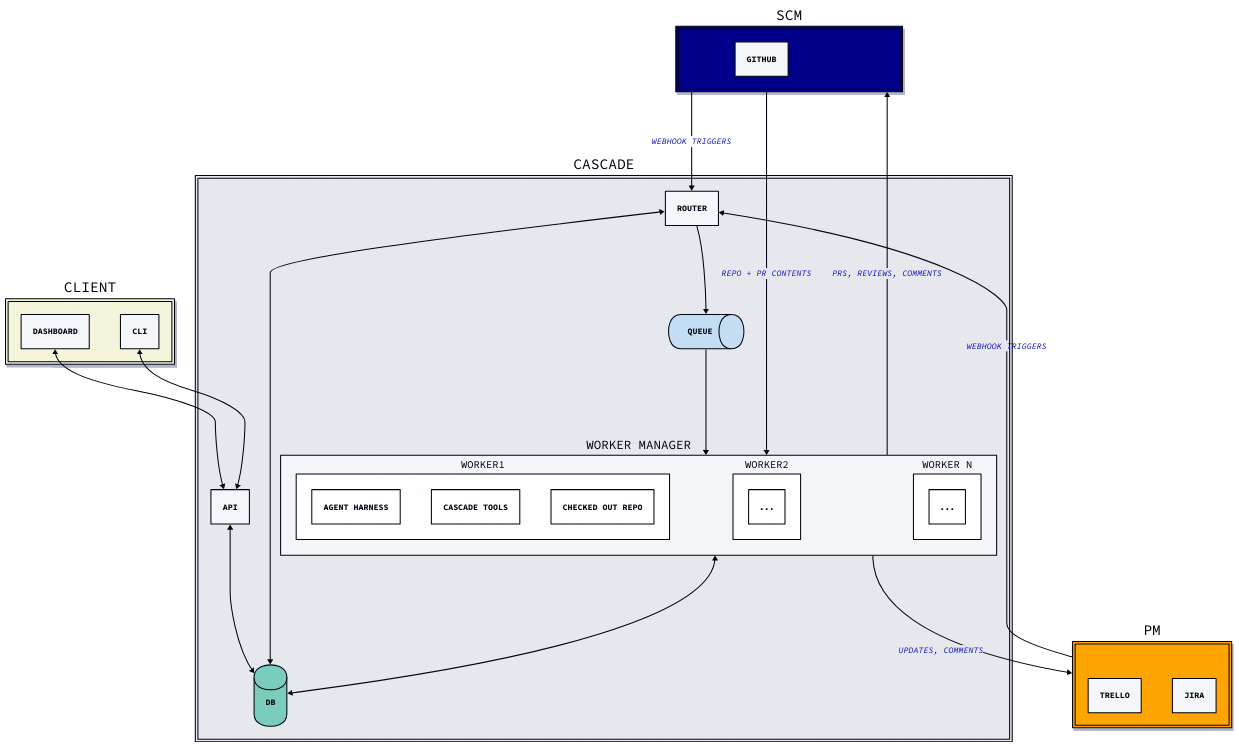
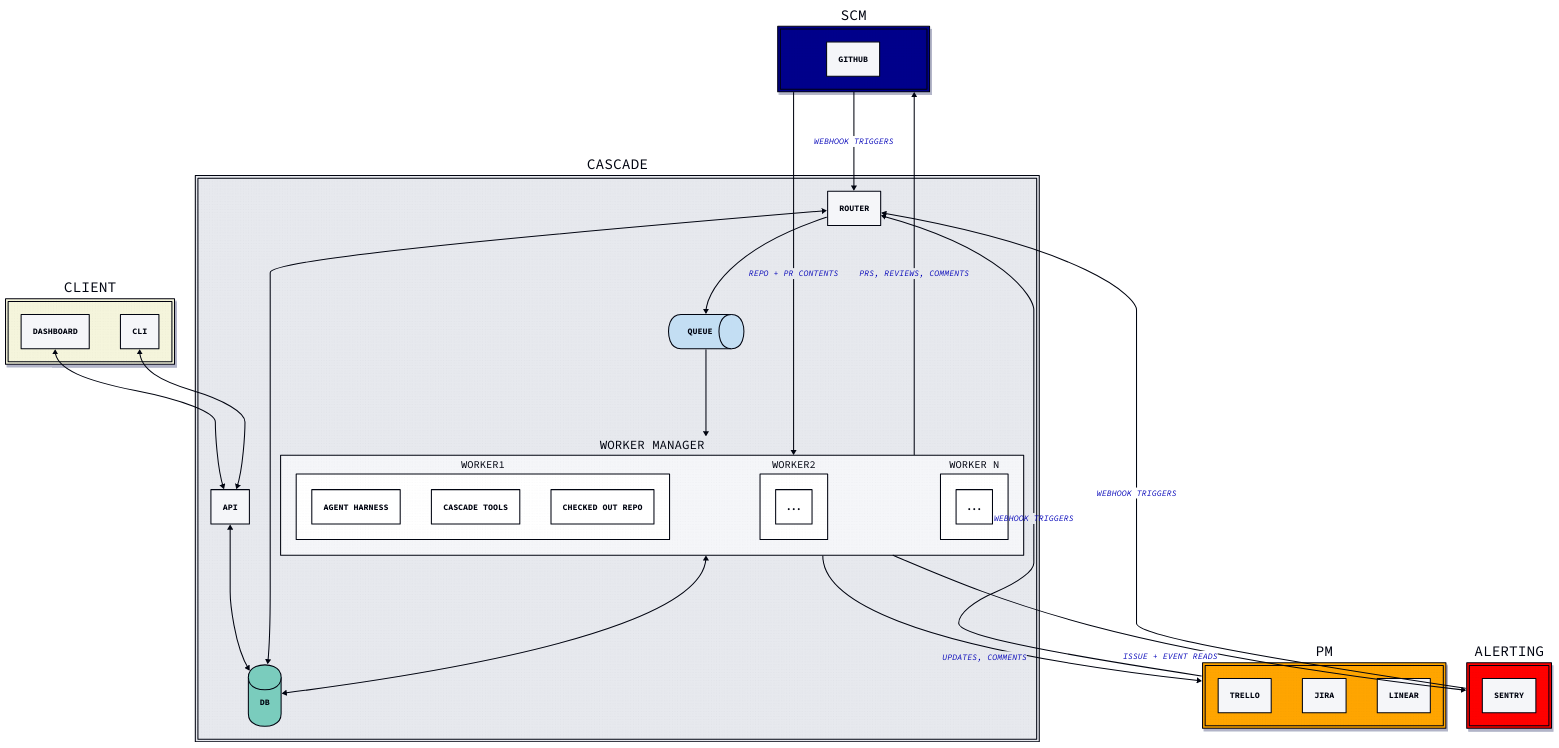
The diagram in docs/architecture.d2 (mongrel-intelligence/cascade), drawn with D2 before and after one commit. The commit also changed 18 other files, not shown here.

```diff
--- a/docs/architecture.d2
+++ b/docs/architecture.d2
@@ -1,74 +1,85 @@
 vars: {
   d2-config: {
     theme-id: 300
   }
 }
 
 SCM: {
   github
   style: {
     shadow: true
     fill: DarkBlue
   }
 }
 
 PM: {
   trello
   jira
+  linear
   style: {
     shadow: true
     fill: Orange
+  }
+}
+
+ALERTING: {
+  sentry
+  style: {
+    shadow: true
+    fill: Red
   }
 }
 
 CASCADE: {
   router
   api
   worker manager: {
     worker1: {
       agent harness
       cascade tools
       checked out repo
     }
     worker2: {
       "..."
     }
     worker N: {
       "..."
     }
   }
 
   router -> QUEUE
   QUEUE -> worker manager
 
   api <-> DB
   router <-> DB
   worker manager <-> DB
 
   DB: {
     shape: cylinder
   }
 
   QUEUE: {
     shape: queue
   }
 }
 
 client: {
   style: {
     shadow: true
     fill: Beige
   }
   dashboard
   cli
 }
 
 client.dashboard <-> CASCADE.api
 client.cli <-> CASCADE.api
 
 SCM -> CASCADE.router: webhook triggers
 PM -> CASCADE.router: webhook triggers
+ALERTING -> CASCADE.router: webhook triggers
 
 CASCADE.worker manager -> PM: updates, comments
+CASCADE.worker manager -> ALERTING: issue + event reads
 CASCADE.worker manager -> SCM: PRs, reviews, comments
 SCM -> CASCADE.worker manager: repo + PR contents
```
